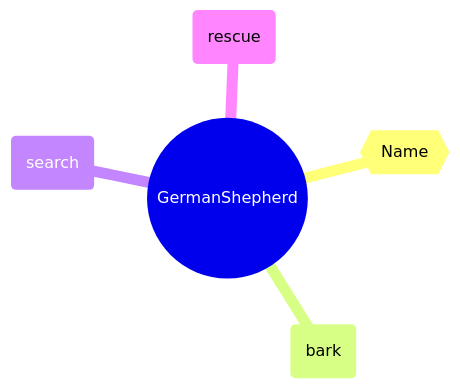
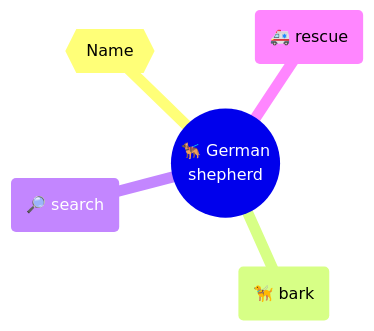
One commit to aruncs31s/aruncs31s-notes-vercel changed the third of 3 diagrams in src/site/notes/03 Coding/Python/Object Oriented Programming Python.md. Above: the diagram before and after it, drawn with Mermaid. The commit also changed other lines of this file, not shown here.

````diff
--- a/src/site/notes/03 Coding/Python/Object Oriented Programming Python.md
+++ b/src/site/notes/03 Coding/Python/Object Oriented Programming Python.md
@@ -248,8 +248,9 @@
 ```mermaid
 mindmap
-	root((GermanShepherd))
+	root((🐕‍🦺 German
+			shepherd))
 		{{Name}}
-		(bark)
-		(search)
-		(rescue)
+		(🦮 bark)
+		(🔎 search)
+		(🚑 rescue)
 ```
````
